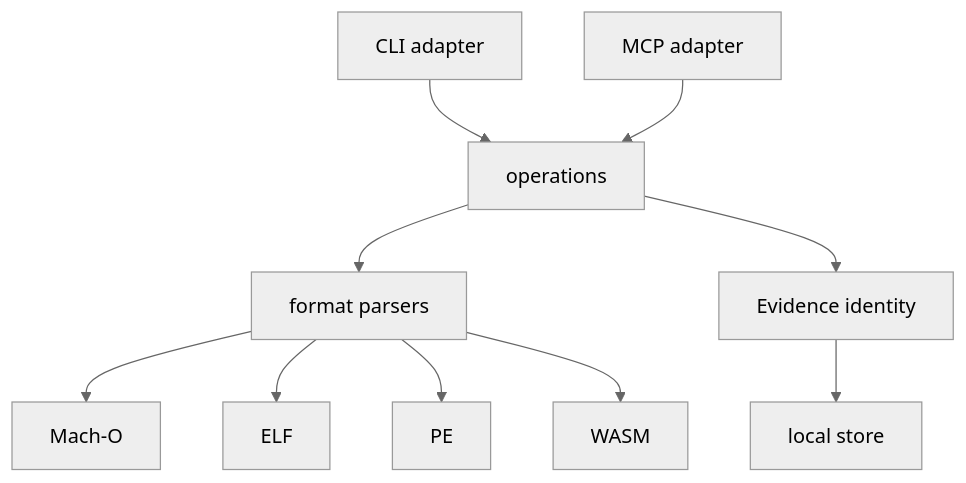
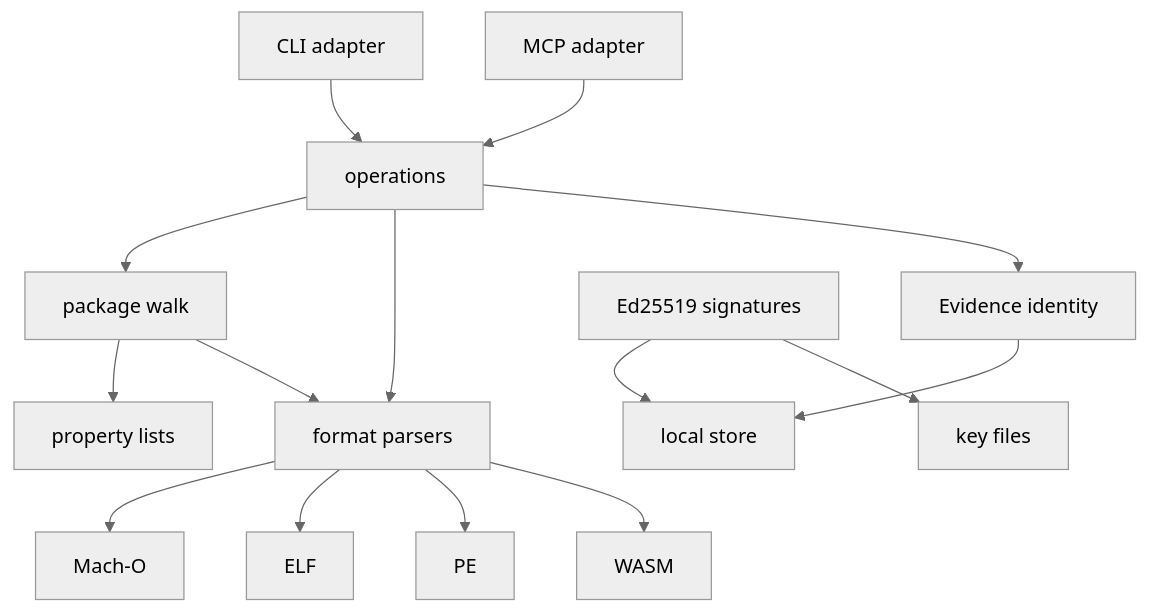
The diagram in docs/architecture.md (Mutersec/traceforge), drawn with Mermaid (neutral theme) before and after one commit. The commit also changed other lines of this file and 55 other files, not shown here.

````diff
--- a/docs/architecture.md
+++ b/docs/architecture.md
@@ -6,12 +6,17 @@
 ```mermaid
 flowchart TB
   CLI[CLI adapter] --> OPS[operations]
   MCP[MCP adapter] --> OPS
+  OPS --> PKG[package walk]
   OPS --> PARSER[format parsers]
   OPS --> EVIDENCE[Evidence identity]
   EVIDENCE --> STORE[local store]
+  SIGN[Ed25519 signatures] --> STORE
+  SIGN --> KEYS[key files]
+  PKG --> PLIST[property lists]
+  PKG --> PARSER
   PARSER --> MACHO[Mach-O]
   PARSER --> ELF[ELF]
   PARSER --> PE[PE]
   PARSER --> WASM[WASM]
 ```
````
